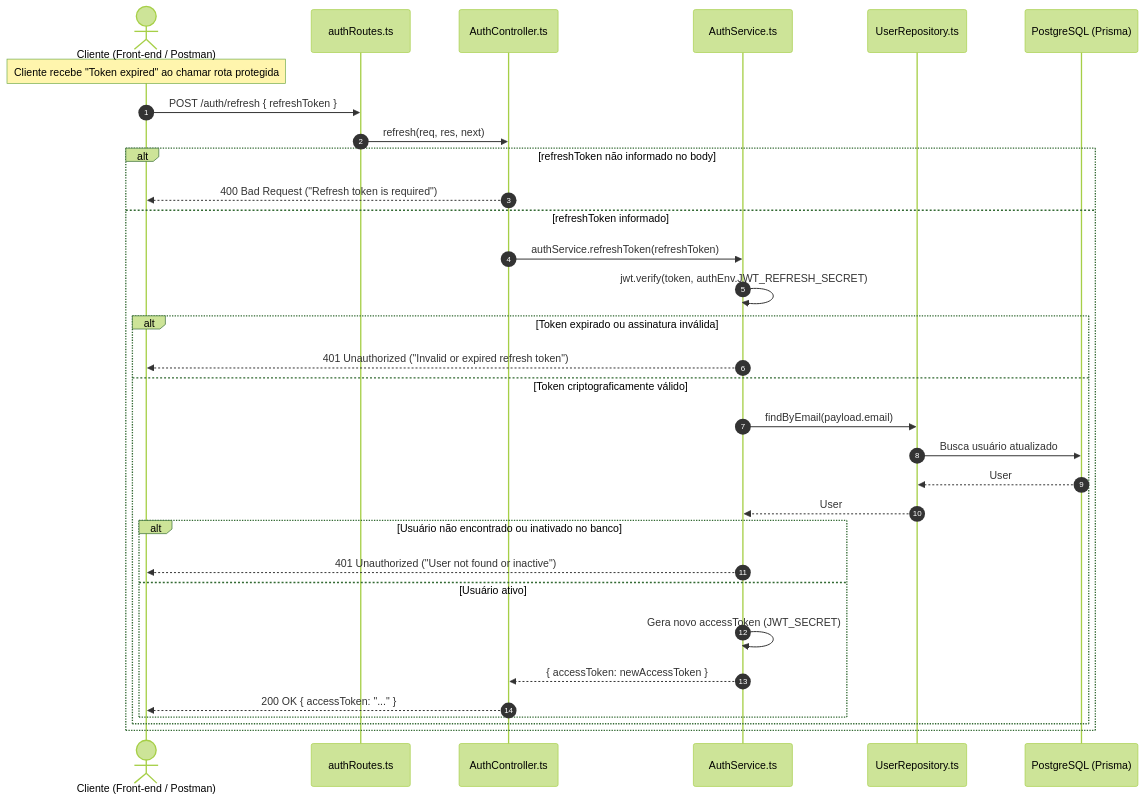
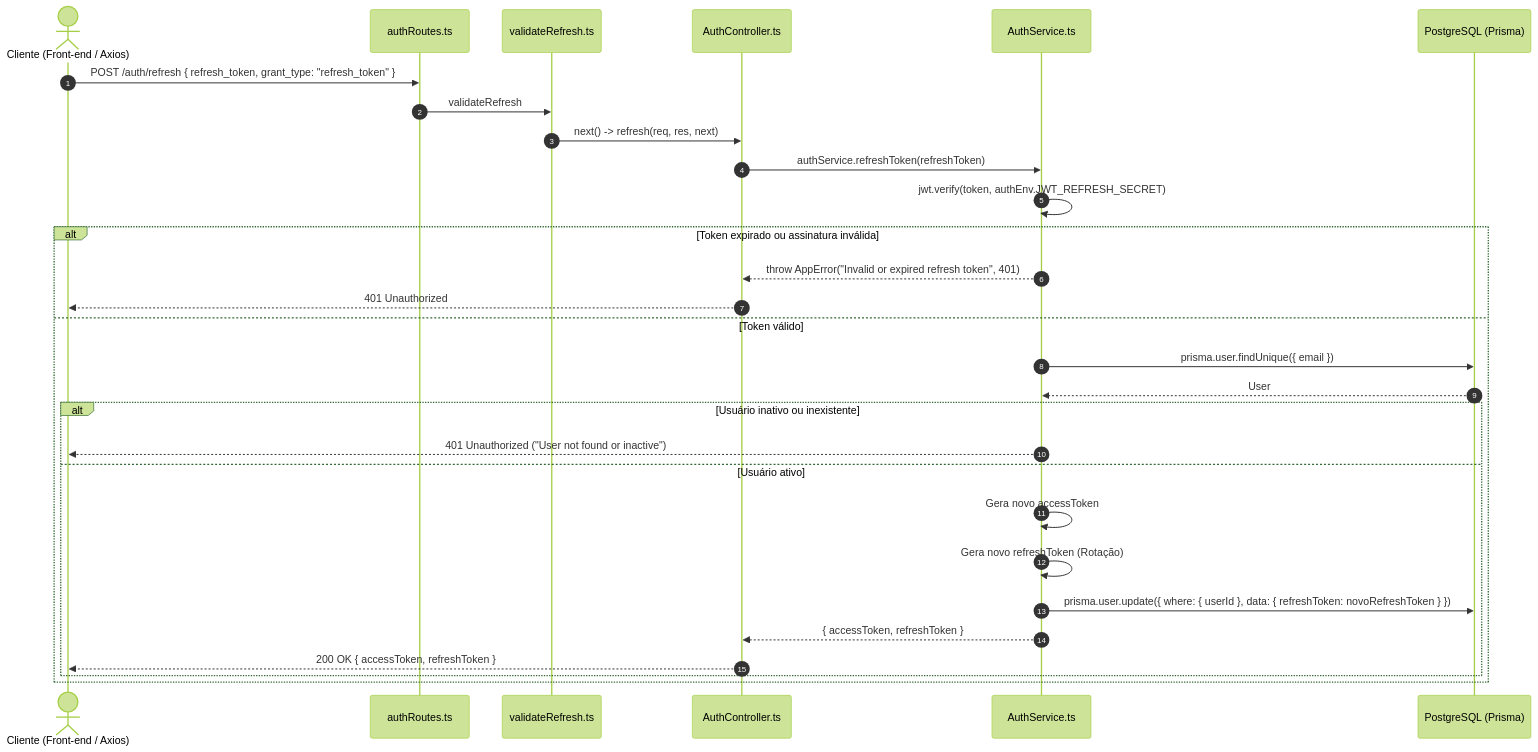
One commit to RafaelBarale/controle-horas-backend-ts changed the third of 4 diagrams in docs/fluxo_autenticacao.md. Above: the diagram before and after it, drawn with Mermaid (forest theme). The commit also changed other lines of this file and 9 other files, not shown here.

````diff
--- a/docs/fluxo_autenticacao.md
+++ b/docs/fluxo_autenticacao.md
@@ -123,38 +116,34 @@
 ```mermaid
 sequenceDiagram
     autonumber
-    actor Cliente as Cliente (Front-end / Postman)
+    actor Cliente as Cliente (Front-end / Axios)
     participant Route as authRoutes.ts
+    participant ValMW as validateRefresh.ts
     participant Controller as AuthController.ts
     participant Service as AuthService.ts
-    participant Repo as UserRepository.ts
     participant DB as PostgreSQL (Prisma)
 
-    Note over Cliente: Cliente recebe "Token expired" ao chamar rota protegida
-    Cliente->>Route: POST /auth/refresh { refreshToken }
-    Route->>Controller: refresh(req, res, next)
-    
-    alt refreshToken não informado no body
-        Controller-->>Cliente: 400 Bad Request ("Refresh token is required")
-    else refreshToken informado
-        Controller->>Service: authService.refreshToken(refreshToken)
-        Service->>Service: jwt.verify(token, authEnv.JWT_REFRESH_SECRET)
-        
-        alt Token expirado ou assinatura inválida
-            Service-->>Cliente: 401 Unauthorized ("Invalid or expired refresh token")
-        else Token criptograficamente válido
-            Service->>Repo: findByEmail(payload.email)
-            Repo->>DB: Busca usuário atualizado
-            DB-->>Repo: User
-            Repo-->>Service: User
+    Cliente->>Route: POST /auth/refresh { refresh_token, grant_type: "refresh_token" }
+    Route->>ValMW: validateRefresh
+    ValMW->>Controller: next() -> refresh(req, res, next)
+    Controller->>Service: authService.refreshToken(refreshToken)
+    Service->>Service: jwt.verify(token, authEnv.JWT_REFRESH_SECRET)
 
-            alt Usuário não encontrado ou inativado no banco
-                Service-->>Cliente: 401 Unauthorized ("User not found or inactive")
-            else Usuário ativo
-                Service->>Service: Gera novo accessToken (JWT_SECRET)
-                Service-->>Controller: { accessToken: newAccessToken }
-                Controller-->>Cliente: 200 OK { accessToken: "..." }
-            end
+    alt Token expirado ou assinatura inválida
+        Service-->>Controller: throw AppError("Invalid or expired refresh token", 401)
+        Controller-->>Cliente: 401 Unauthorized
+    else Token válido
+        Service->>DB: prisma.user.findUnique({ email })
+        DB-->>Service: User
+
+        alt Usuário inativo ou inexistente
+            Service-->>Cliente: 401 Unauthorized ("User not found or inactive")
+        else Usuário ativo
+            Service->>Service: Gera novo accessToken
+            Service->>Service: Gera novo refreshToken (Rotação)
+            Service->>DB: prisma.user.update({ where: { userId }, data: { refreshToken: novoRefreshToken } })
+            Service-->>Controller: { accessToken, refreshToken }
+            Controller-->>Cliente: 200 OK { accessToken, refreshToken }
         end
     end
 ```
````
